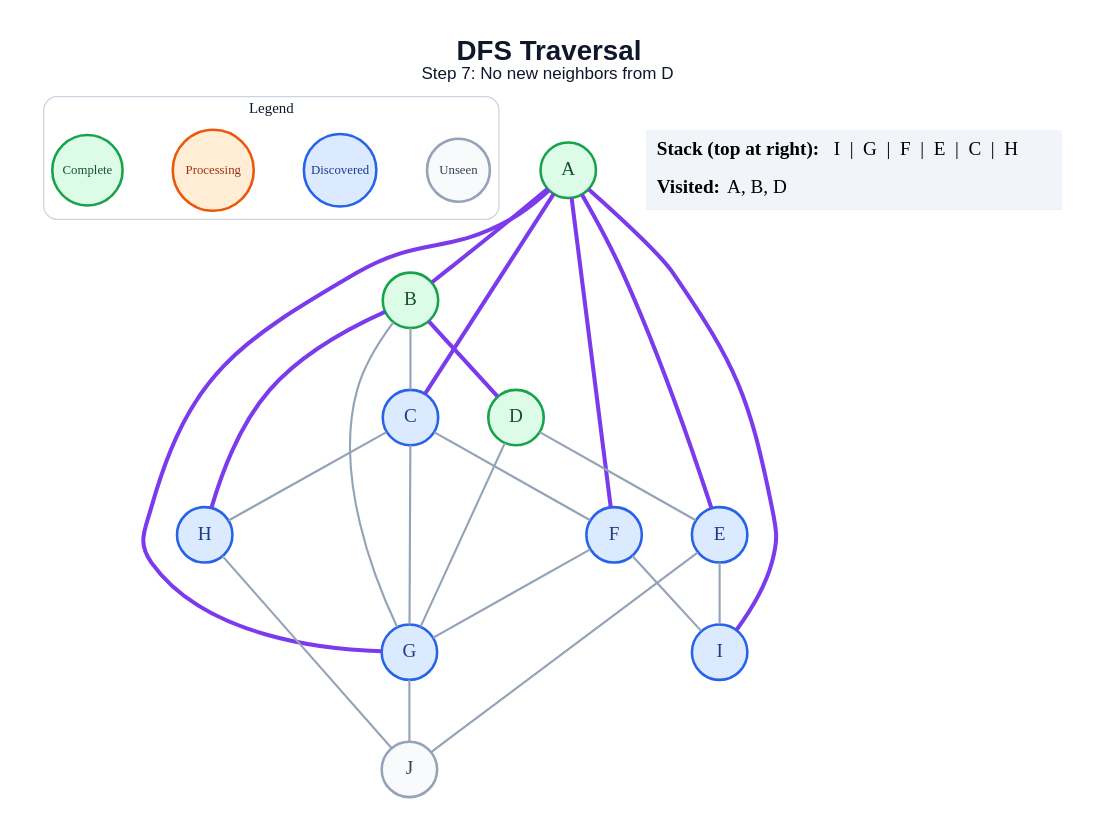
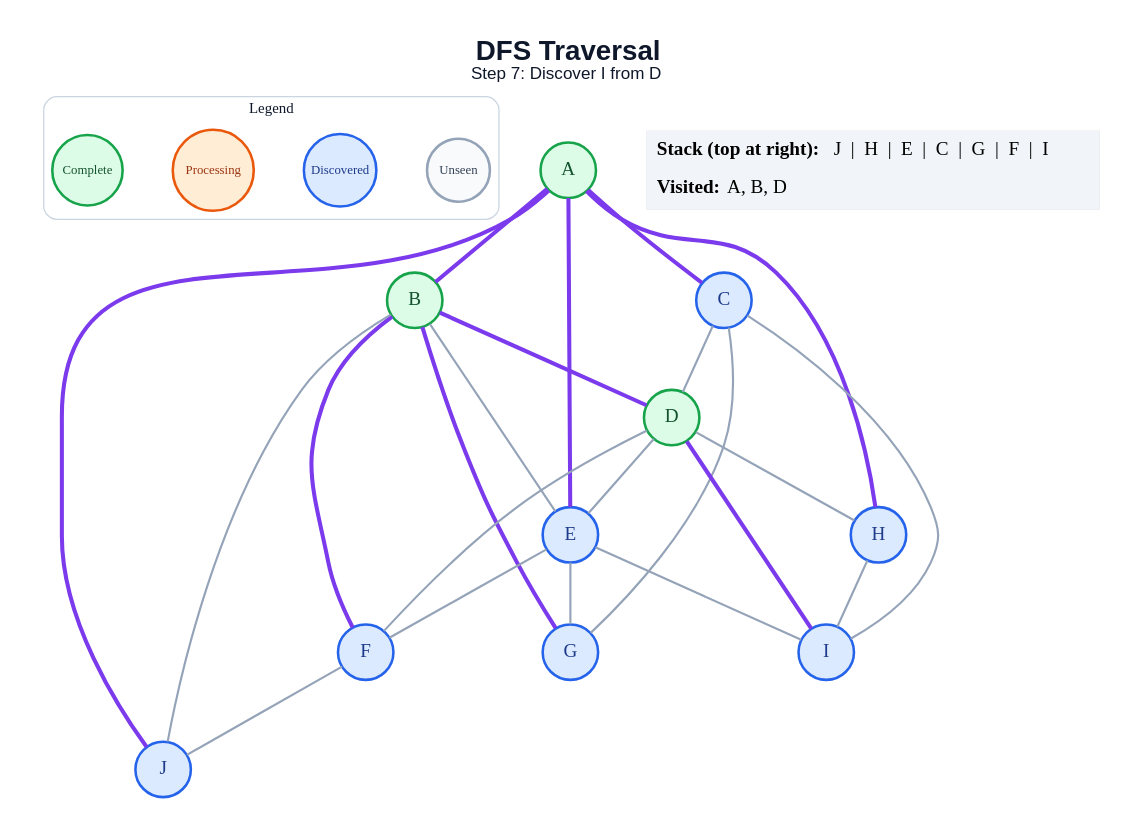
Before and after one commit to amanghodawala9/ai-slop: the diagram in generated/dfs/step_07.dot, drawn with Graphviz. The commit also changed 178 other files, not shown here.

```diff
--- a/generated/dfs/step_07.dot
+++ b/generated/dfs/step_07.dot
@@ -1,50 +1,51 @@
 graph traversal {
   graph [layout=dot, rankdir=TB, bgcolor="#FFFFFF", pad="0.35", nodesep="0.65", ranksep="0.8", fontname="Arial"];
   node [shape=circle, style="filled", fontname="Arial Bold", fontsize=18, width=0.72, fixedsize=true, penwidth=2.4];
   edge [color="#94A3B8", penwidth=2.0];
-  label=<<B>DFS Traversal</B><BR/><FONT POINT-SIZE="16">Step 7: No new neighbors from D</FONT>>; labelloc="t"; fontsize=26; fontname="Arial"; fontcolor="#0F172A";
+  label=<<B>DFS Traversal</B><BR/><FONT POINT-SIZE="16">Step 7: Discover I from D</FONT>>; labelloc="t"; fontsize=26; fontname="Arial"; fontcolor="#0F172A";
   subgraph cluster_legend { label="Legend"; color="#CBD5E1"; penwidth=1.2; style="rounded"; fontsize=14; fontname="Arial Bold";
     key_unseen [label="Unseen", fillcolor="#F8FAFC", color="#94A3B8", fontcolor="#334155", fontsize=12, width=0.82];
     key_frontier [label="Discovered", fillcolor="#DBEAFE", color="#2563EB", fontcolor="#1E3A8A", fontsize=12, width=0.95];
     key_current [label="Processing", fillcolor="#FFEDD5", color="#EA580C", fontcolor="#9A3412", fontsize=12, width=1.05];
     key_done [label="Complete", fillcolor="#DCFCE7", color="#16A34A", fontcolor="#14532D", fontsize=12, width=0.92];
     { rank=same; key_unseen; key_frontier; key_current; key_done; }
   }
   A [fillcolor="#DCFCE7", color="#16A34A", fontcolor="#14532D"];
   B [fillcolor="#DCFCE7", color="#16A34A", fontcolor="#14532D"];
   C [fillcolor="#DBEAFE", color="#2563EB", fontcolor="#1E3A8A"];
   D [fillcolor="#DCFCE7", color="#16A34A", fontcolor="#14532D"];
   E [fillcolor="#DBEAFE", color="#2563EB", fontcolor="#1E3A8A"];
   F [fillcolor="#DBEAFE", color="#2563EB", fontcolor="#1E3A8A"];
   G [fillcolor="#DBEAFE", color="#2563EB", fontcolor="#1E3A8A"];
   H [fillcolor="#DBEAFE", color="#2563EB", fontcolor="#1E3A8A"];
   I [fillcolor="#DBEAFE", color="#2563EB", fontcolor="#1E3A8A"];
-  J [fillcolor="#F8FAFC", color="#94A3B8", fontcolor="#334155"];
+  J [fillcolor="#DBEAFE", color="#2563EB", fontcolor="#1E3A8A"];
   A -- B [color="#7C3AED", penwidth=3.8];
   A -- C [color="#7C3AED", penwidth=3.8];
   A -- E [color="#7C3AED", penwidth=3.8];
-  A -- F [color="#7C3AED", penwidth=3.8];
-  A -- G [color="#7C3AED", penwidth=3.8];
-  A -- I [color="#7C3AED", penwidth=3.8];
-  B -- C;
+  A -- H [color="#7C3AED", penwidth=3.8];
+  A -- J [color="#7C3AED", penwidth=3.8];
   B -- D [color="#7C3AED", penwidth=3.8];
-  B -- G;
-  B -- H [color="#7C3AED", penwidth=3.8];
-  C -- F;
+  B -- E;
+  B -- F [color="#7C3AED", penwidth=3.8];
+  B -- G [color="#7C3AED", penwidth=3.8];
+  B -- J;
+  C -- D;
   C -- G;
-  C -- H;
+  C -- I;
   D -- E;
-  D -- G;
+  D -- F;
+  D -- H;
+  D -- I [color="#7C3AED", penwidth=3.8];
+  E -- F;
+  E -- G;
   E -- I;
-  E -- J;
-  F -- G;
-  F -- I;
-  G -- J;
-  H -- J;
+  F -- J;
+  H -- I;
   status [shape=plain, fixedsize=false, width=0, height=0, margin=0, label=<
     <TABLE BORDER="0" CELLBORDER="0" CELLPADDING="7" BGCOLOR="#F1F5F9">
-      <TR><TD ALIGN="LEFT"><B>Stack (top at right):</B> I  |  G  |  F  |  E  |  C  |  H</TD></TR>
+      <TR><TD ALIGN="LEFT"><B>Stack (top at right):</B> J  |  H  |  E  |  C  |  G  |  F  |  I</TD></TR>
       <TR><TD ALIGN="LEFT"><B>Visited:</B> A, B, D</TD></TR>
     </TABLE>
   >];
 }
```
